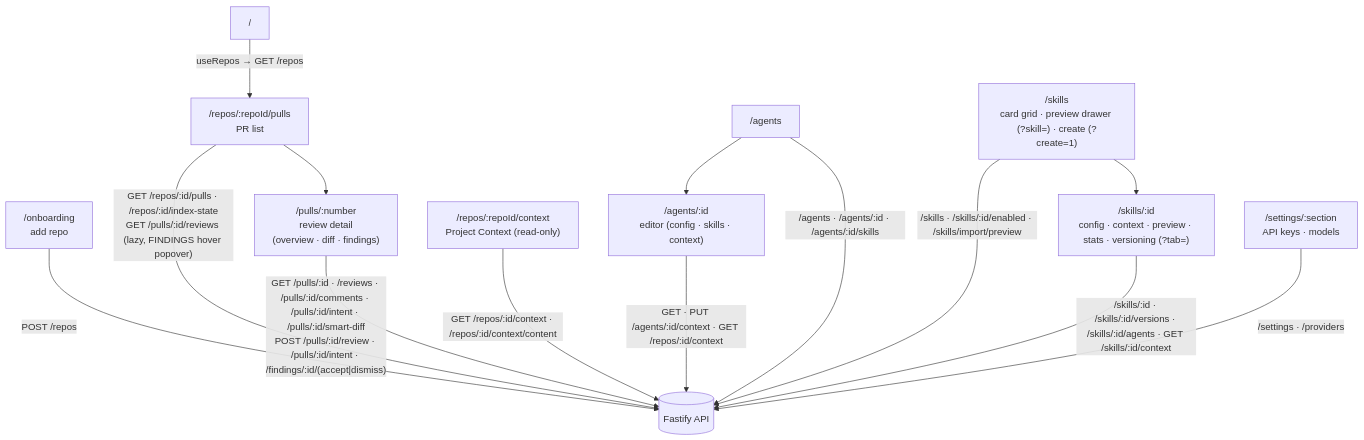
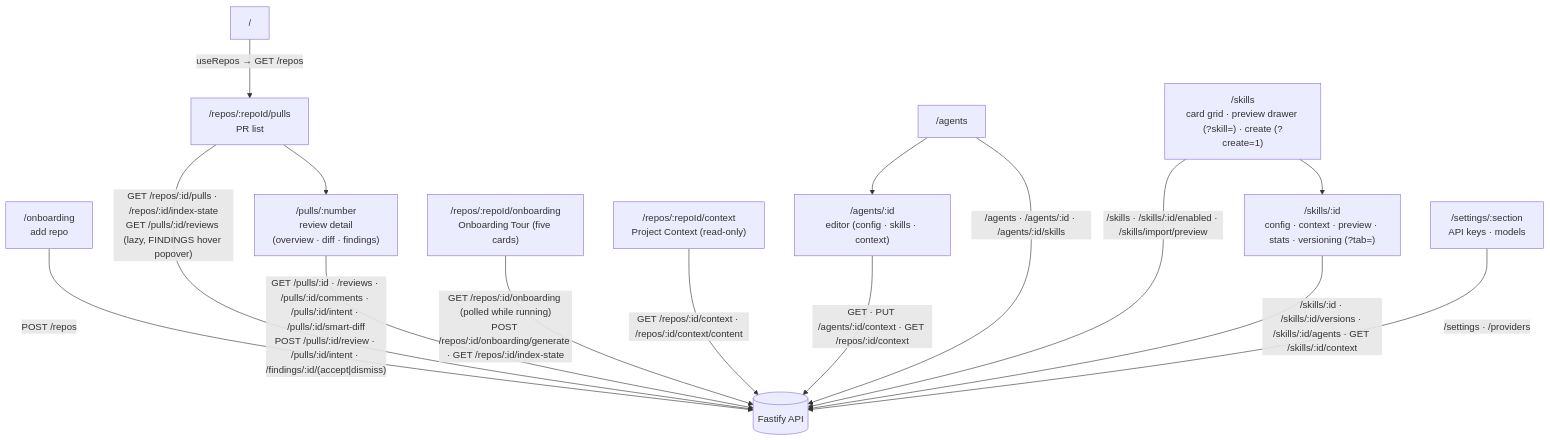
Before and after one commit to artemmmon/dev-digest: the diagram in client/README.md, drawn with Mermaid. The commit also changed other lines of this file and 6 other files, not shown here.

Commit message:
docs: onboarding tour — generation lifecycle, route maps, e2e stub and fixture (SPEC-11)

````diff
--- a/client/README.md
+++ b/client/README.md
@@ -23,20 +23,22 @@
 ```mermaid
 flowchart TD
   ROOT["/"] -->|"useRepos → GET /repos"| PULLS["/repos/:repoId/pulls<br/>PR list"]
   ONB["/onboarding<br/>add repo"] -->|"POST /repos"| API[("Fastify API")]
   PULLS --> PR["/pulls/:number<br/>review detail<br/>(overview · diff · findings)"]
 
   CTX["/repos/:repoId/context<br/>Project Context (read-only)"]
+  TOUR["/repos/:repoId/onboarding<br/>Onboarding Tour (five cards)"]
   AGENTS["/agents"] --> AGENT["/agents/:id<br/>editor (config · skills · context)"]
   SKILLS["/skills<br/>card grid · preview drawer (?skill=) · create (?create=1)"] --> SKILL["/skills/:id<br/>config · context · preview · stats · versioning (?tab=)"]
   SETTINGS["/settings/:section<br/>API keys · models"]
 
   PULLS -->|"GET /repos/:id/pulls · /repos/:id/index-state<br/>GET /pulls/:id/reviews (lazy, FINDINGS hover popover)"| API
   PR -->|"GET /pulls/:id · /reviews · /pulls/:id/comments · /pulls/:id/intent · /pulls/:id/smart-diff<br/>POST /pulls/:id/review · /pulls/:id/intent · /findings/:id/(accept|dismiss)"| API
+  TOUR -->|"GET /repos/:id/onboarding (polled while running)<br/>POST /repos/:id/onboarding/generate · GET /repos/:id/index-state"| API
   CTX -->|"GET /repos/:id/context · /repos/:id/context/content"| API
   AGENT -->|"GET · PUT /agents/:id/context · GET /repos/:id/context"| API
   AGENTS -->|"/agents · /agents/:id · /agents/:id/skills"| API
   SKILLS -->|"/skills · /skills/:id/enabled · /skills/import/preview"| API
   SKILL -->|"/skills/:id · /skills/:id/versions · /skills/:id/agents · GET /skills/:id/context"| API
   SETTINGS -->|"/settings · /providers"| API
 ```
````
